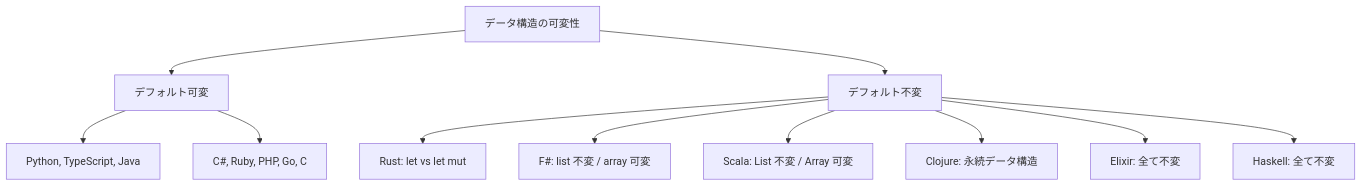
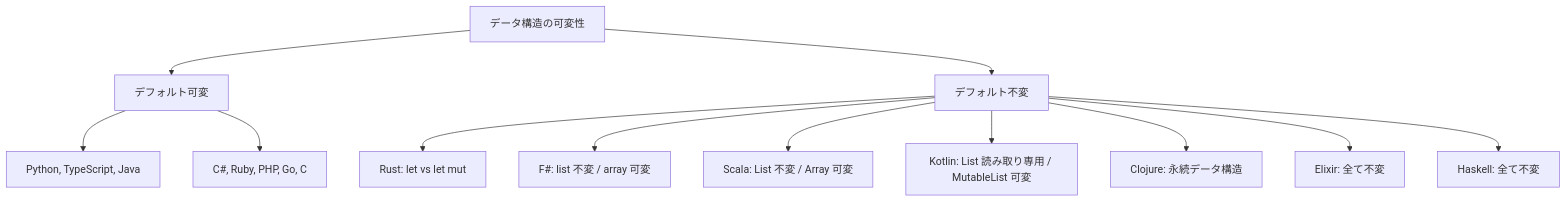
One commit to k2works/getting-started-algorithm changed the diagram in docs/article/all/03-arrays-and-collections.md. Above: the diagram before and after it, drawn with Mermaid. The commit also changed other lines of this file and 7 other files, not shown here.

````diff
--- a/docs/article/all/03-arrays-and-collections.md
+++ b/docs/article/all/03-arrays-and-collections.md
@@ -29,13 +30,14 @@
 ```mermaid
 graph TD
     A[データ構造の可変性] --> B[デフォルト可変]
     A --> C[デフォルト不変]
     B --> B1[Python, TypeScript, Java]
     B --> B2[C#, Ruby, PHP, Go, C]
     C --> C1[Rust: let vs let mut]
     C --> C2[F#: list 不変 / array 可変]
     C --> C3[Scala: List 不変 / Array 可変]
+    C --> C7[Kotlin: List 読み取り専用 / MutableList 可変]
     C --> C4[Clojure: 永続データ構造]
     C --> C5[Elixir: 全て不変]
     C --> C6[Haskell: 全て不変]
 ```
````
